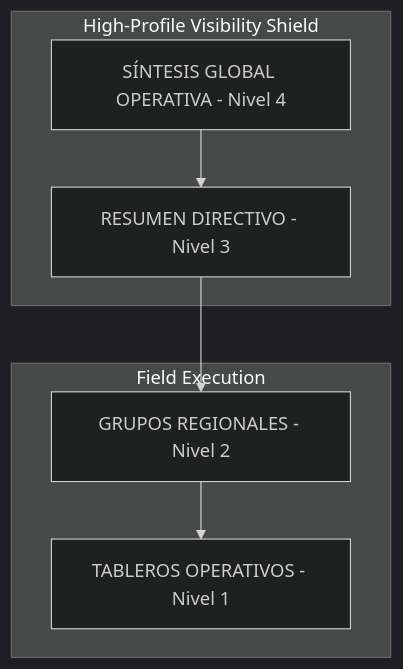
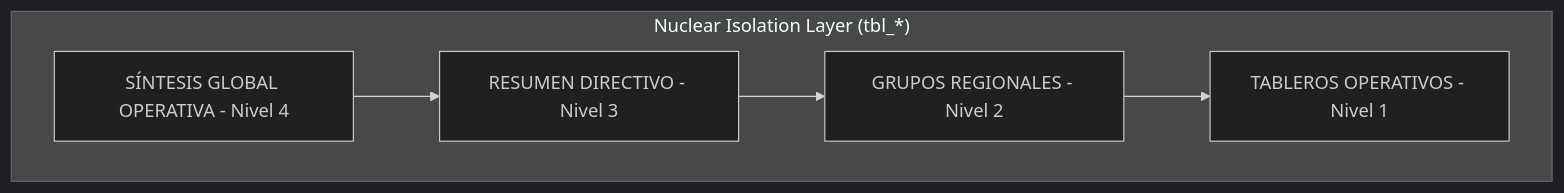
Before and after one commit to leonprio/stratexa-dashboard: the diagram in README.md, drawn with Mermaid (dark theme). The commit also changed other lines of this file and 1 other file, not shown here.

Commit message:
docs: API docs generados, Zod Schemas via workflow

````diff
--- a/README.md
+++ b/README.md
@@ -36,16 +39,13 @@
 ```mermaid
 graph TD
     A[SÍNTESIS GLOBAL OPERATIVA - Nivel 4] --> B[RESUMEN DIRECTIVO - Nivel 3]
     B --> C[GRUPOS REGIONALES - Nivel 2]
     C --> D[TABLEROS OPERATIVOS - Nivel 1]
     
-    subgraph "High-Profile Visibility Shield"
+    subgraph "Nuclear Isolation Layer (tbl_*)"
         A
         B
-    end
-    
-    subgraph "Field Execution"
         C
         D
     end
 ```
````
